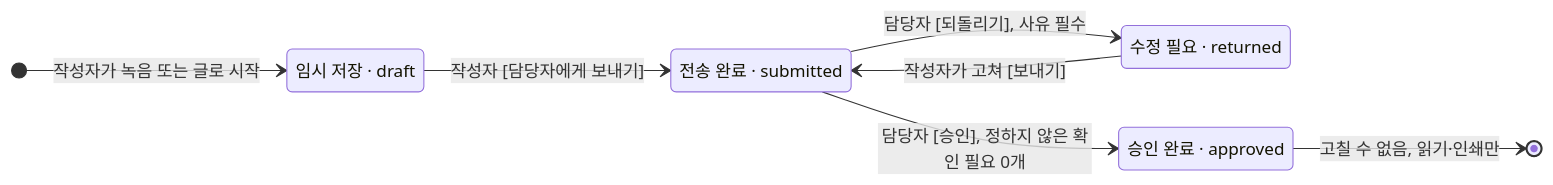
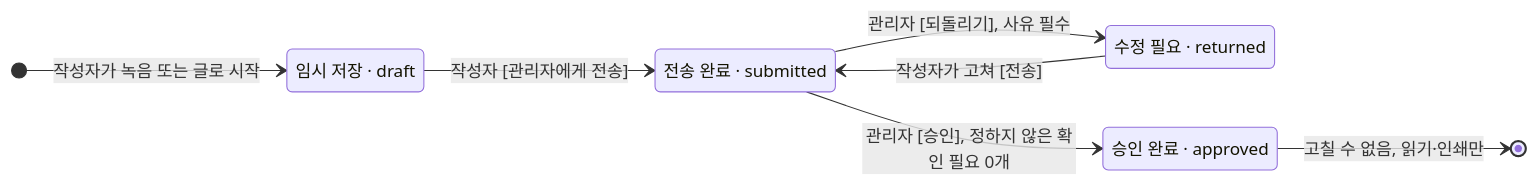
Before and after one commit to 2dion/CareBridge: the second of 3 diagrams in 문서/설계/데이터구조-v1.6.3.md, drawn with Mermaid. The commit also changed other lines of this file and 11 other files, not shown here.

````diff
--- a/문서/설계/데이터구조-v1.6.3.md
+++ b/문서/설계/데이터구조-v1.6.3.md
@@ -439,14 +442,14 @@
 ```mermaid
 stateDiagram-v2
   direction LR
   state "임시 저장 · draft" as draft
   state "전송 완료 · submitted" as submitted
   state "수정 필요 · returned" as returned
   state "승인 완료 · approved" as approved
   [*] --> draft: 작성자가 녹음 또는 글로 시작
-  draft --> submitted: 작성자 [담당자에게 보내기]
-  submitted --> returned: 담당자 [되돌리기], 사유 필수
-  returned --> submitted: 작성자가 고쳐 [보내기]
-  submitted --> approved: 담당자 [승인], 정하지 않은 확인 필요 0개
+  draft --> submitted: 작성자 [관리자에게 전송]
+  submitted --> returned: 관리자 [되돌리기], 사유 필수
+  returned --> submitted: 작성자가 고쳐 [전송]
+  submitted --> approved: 관리자 [승인], 정하지 않은 확인 필요 0개
   approved --> [*]: 고칠 수 없음, 읽기·인쇄만
 ```
````
